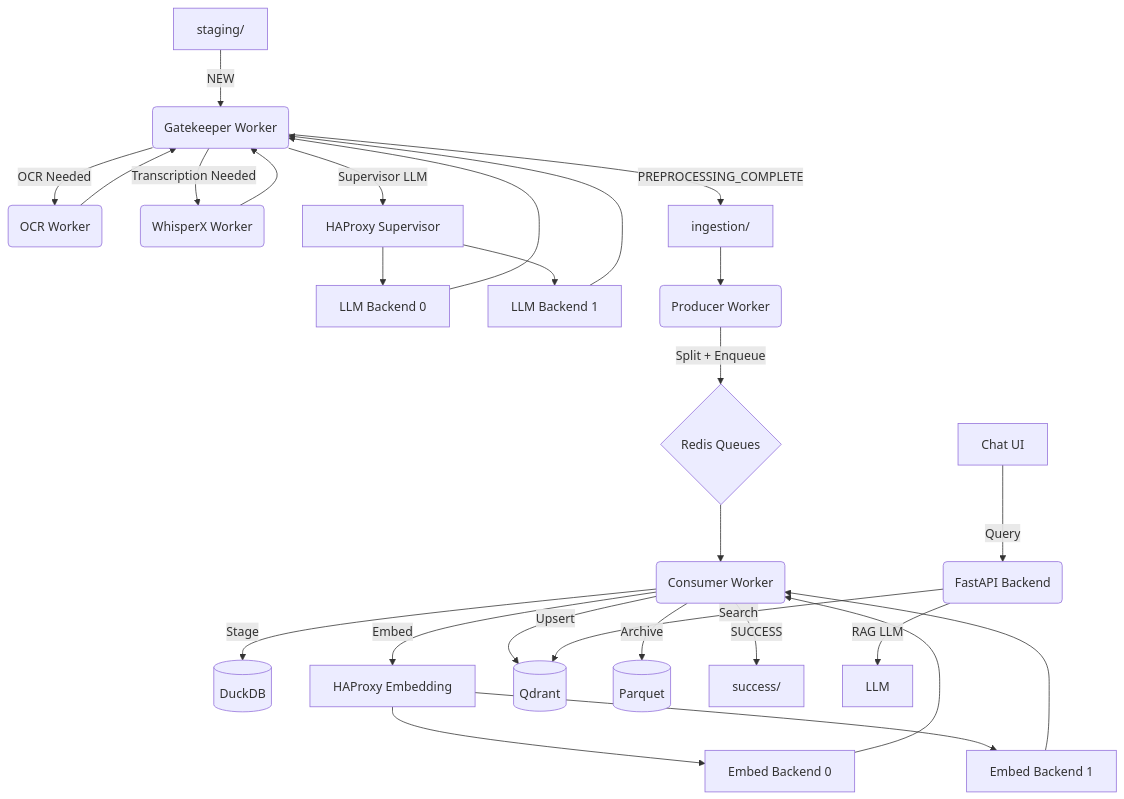
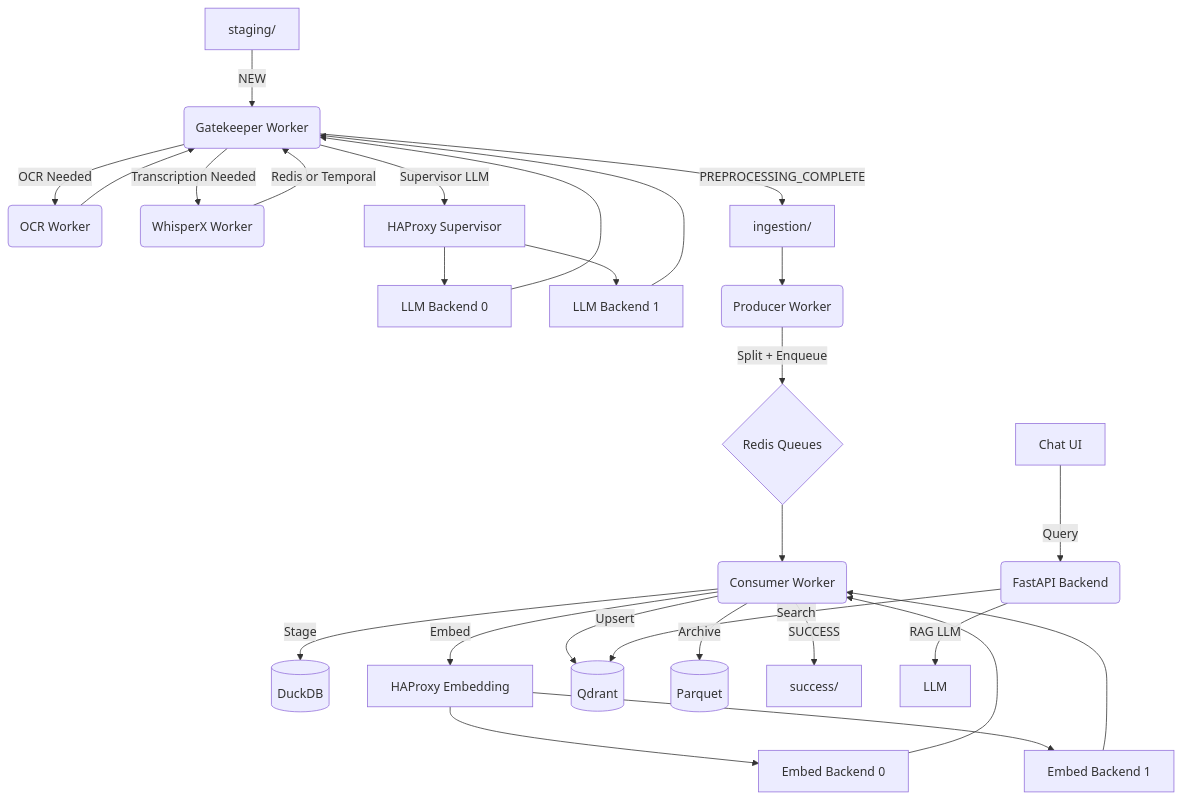
One commit to SamD/selfhosted-rag-doc-chat-prototype changed the second of 2 diagrams in docs/overview.md. Above: the diagram before and after it, drawn with Mermaid. The commit also changed other lines of this file and 42 other files, not shown here.

````diff
--- a/docs/overview.md
+++ b/docs/overview.md
@@ -98,30 +98,30 @@
 ```mermaid
 graph TD
     A[staging/] -->|NEW| B(Gatekeeper Worker)
     B -->|OCR Needed| C(OCR Worker)
     C --> B
     B -->|Transcription Needed| W(WhisperX Worker)
-    W --> B
+    W -->|Redis or Temporal| B
     B -->|Supervisor LLM| HP_S[HAProxy Supervisor]
     HP_S --> N1[LLM Backend 0]
     HP_S --> N2[LLM Backend 1]
     N1 --> B
     N2 --> B
     B -->|PREPROCESSING_COMPLETE| D[ingestion/]
     D --> E(Producer Worker)
     E -->|Split + Enqueue| F{Redis Queues}
     F --> G(Consumer Worker)
     G -->|Stage| H[(DuckDB)]
     G -->|Embed| HP_E[HAProxy Embedding]
     HP_E --> E1[Embed Backend 0]
     HP_E --> E2[Embed Backend 1]
     E1 --> G
     E2 --> G
     G -->|Upsert| I[(Qdrant)]
     G -->|Archive| J[(Parquet)]
     G -->|SUCCESS| K[success/]
     
     L[Chat UI] -->|Query| M(FastAPI Backend)
     M -->|RAG LLM| R[LLM]
     M -->|Search| I
 ```
````
